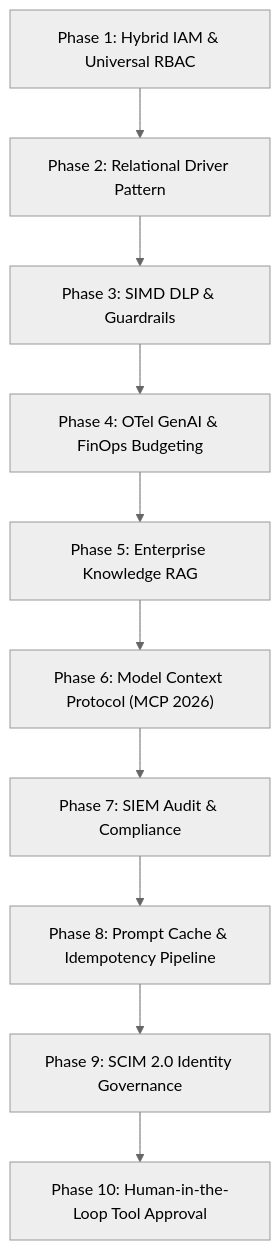
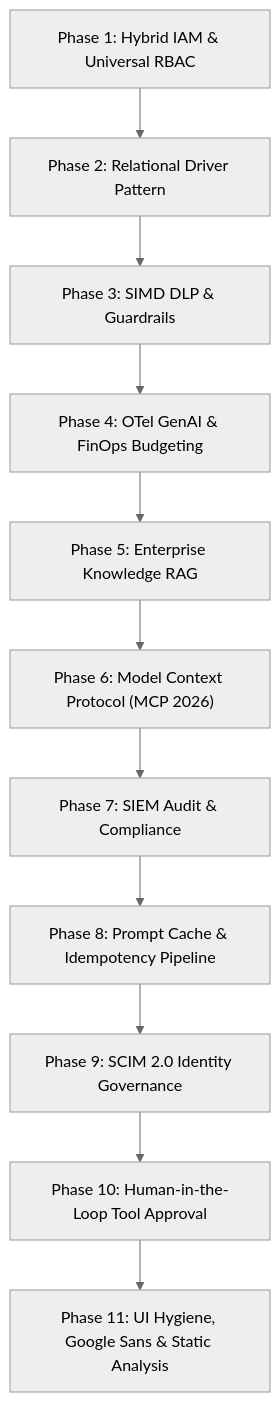
One commit to ihkaru/lumis changed the diagram in docs/roadmap/00_ROADMAP_OVERVIEW.md. Above: the diagram before and after it, drawn with Mermaid (neutral theme). The commit also changed other lines of this file and 9 other files, not shown here.

Commit message:
feat(ui,hygiene): add UI design hygiene static inspector, skill, and mobile-aware Google Sans interface

````diff
--- a/docs/roadmap/00_ROADMAP_OVERVIEW.md
+++ b/docs/roadmap/00_ROADMAP_OVERVIEW.md
@@ -29,12 +29,13 @@
 ```mermaid
 flowchart TD
     P1["Phase 1: Hybrid IAM & Universal RBAC"] --> P2["Phase 2: Relational Driver Pattern"]
     P2 --> P3["Phase 3: SIMD DLP & Guardrails"]
     P3 --> P4["Phase 4: OTel GenAI & FinOps Budgeting"]
     P4 --> P5["Phase 5: Enterprise Knowledge RAG"]
     P5 --> P6["Phase 6: Model Context Protocol (MCP 2026)"]
     P6 --> P7["Phase 7: SIEM Audit & Compliance"]
     P7 --> P8["Phase 8: Prompt Cache & Idempotency Pipeline"]
     P8 --> P9["Phase 9: SCIM 2.0 Identity Governance"]
     P9 --> P10["Phase 10: Human-in-the-Loop Tool Approval"]
+    P10 --> P11["Phase 11: UI Hygiene, Google Sans & Static Analysis"]
 ```
````
